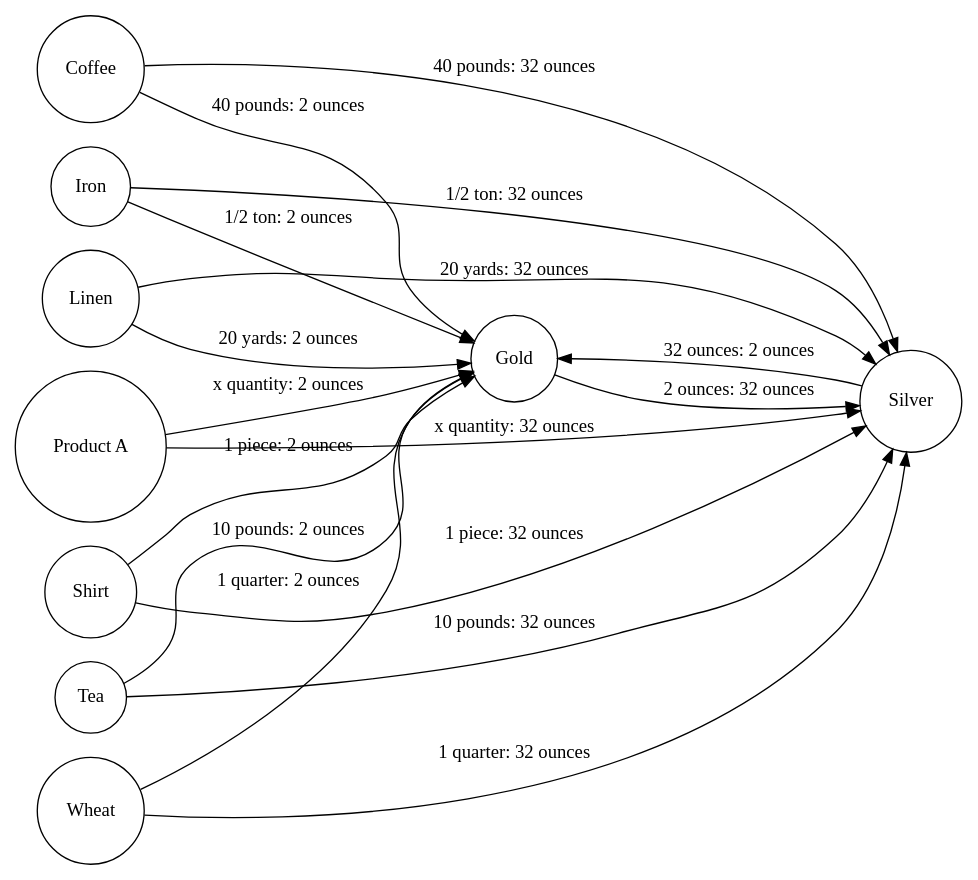
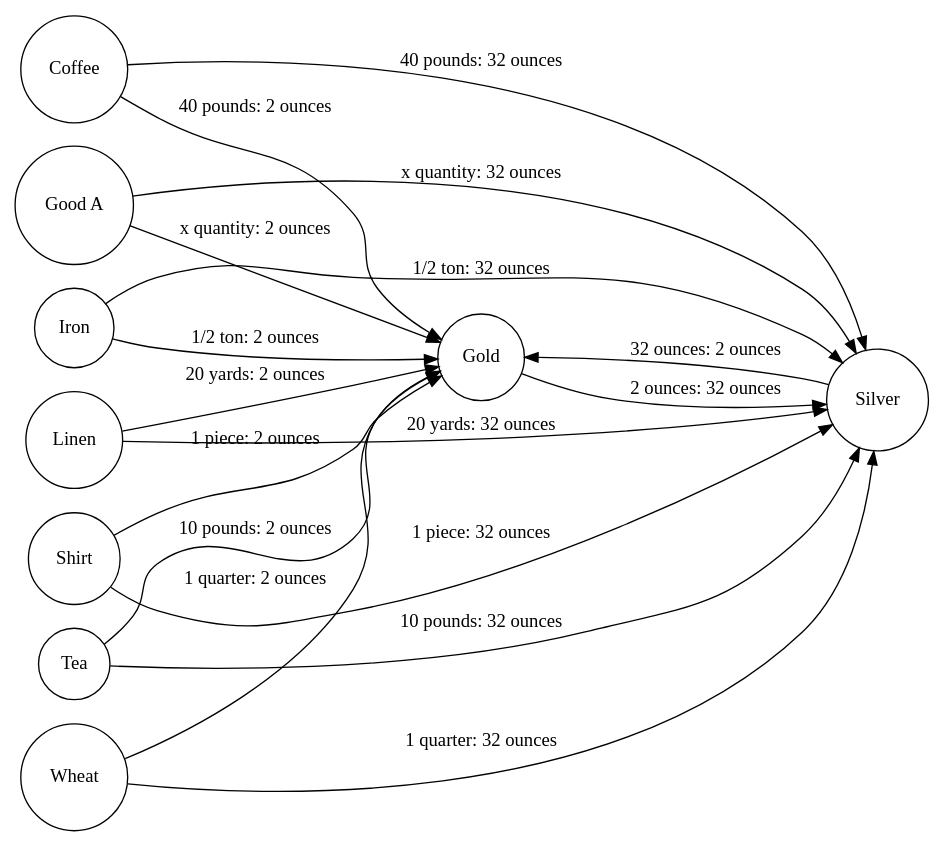
Before and after one commit to Wangsutan/Kapital: the diagram in 资本的生产过程/价值形式理论/价值形式/datas_graphs_generated/moneys.dot, drawn with Graphviz. The commit also changed 360 other files, not shown here.

```diff
--- a/资本的生产过程/价值形式理论/价值形式/datas_graphs_generated/moneys.dot
+++ b/资本的生产过程/价值形式理论/价值形式/datas_graphs_generated/moneys.dot
@@ -1,20 +1,20 @@
 digraph 价值形式理论 {
     rankdir=LR;
     node [shape=circle];
     "Coffee" -> "Gold" [label="40 pounds: 2 ounces"];
     "Coffee" -> "Silver" [label="40 pounds: 32 ounces"];
     "Gold" -> "Silver" [label="2 ounces: 32 ounces"];
+    "Good A" -> "Gold" [label="x quantity: 2 ounces"];
+    "Good A" -> "Silver" [label="x quantity: 32 ounces"];
     "Iron" -> "Gold" [label="1/2 ton: 2 ounces"];
     "Iron" -> "Silver" [label="1/2 ton: 32 ounces"];
     "Linen" -> "Gold" [label="20 yards: 2 ounces"];
     "Linen" -> "Silver" [label="20 yards: 32 ounces"];
-    "Product A" -> "Gold" [label="x quantity: 2 ounces"];
-    "Product A" -> "Silver" [label="x quantity: 32 ounces"];
     "Shirt" -> "Gold" [label="1 piece: 2 ounces"];
     "Shirt" -> "Silver" [label="1 piece: 32 ounces"];
     "Silver" -> "Gold" [label="32 ounces: 2 ounces"];
     "Tea" -> "Gold" [label="10 pounds: 2 ounces"];
     "Tea" -> "Silver" [label="10 pounds: 32 ounces"];
     "Wheat" -> "Gold" [label="1 quarter: 2 ounces"];
     "Wheat" -> "Silver" [label="1 quarter: 32 ounces"];
 }
```
